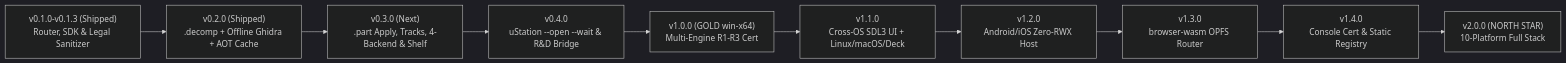
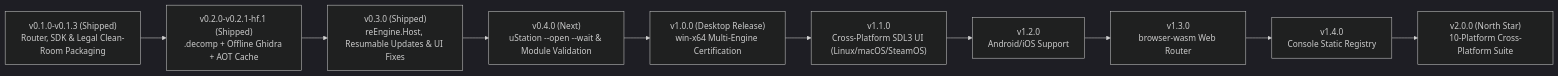
One commit to StreamItAllGit/reEngine changed the diagram in ROADMAP.md. Above: the diagram before and after it, drawn with Mermaid (dark theme). The commit also changed other lines of this file and 132 other files, not shown here.

Commit message:
v0.3.0: Shared reEngine.Host.dll, resumable updates, detached .recomp launch, installer/settings persistence & Portable ZIP

````diff
--- a/ROADMAP.md
+++ b/ROADMAP.md
@@ -24,12 +24,12 @@
 ```mermaid
 flowchart LR
-    V01["v0.1.0-v0.1.3 (Shipped)\nRouter, SDK & Legal Sanitizer"] --> V02["v0.2.0 (Shipped)\n.decomp + Offline Ghidra + AOT Cache"]
-    V02 --> V03["v0.3.0 (Next)\n.part Apply, Tracks, 4-Backend & Shelf"]
-    V03 --> V04["v0.4.0\nuStation --open --wait & R&D Bridge"]
-    V04 --> V10["v1.0.0 (GOLD win-x64)\nMulti-Engine R1-R3 Cert"]
-    V10 --> V11["v1.1.0\nCross-OS SDL3 UI + Linux/macOS/Deck"]
-    V11 --> V12["v1.2.0\nAndroid/iOS Zero-RWX Host"]
-    V12 --> V13["v1.3.0\nbrowser-wasm OPFS Router"]
-    V13 --> V14["v1.4.0\nConsole Cert & Static Registry"]
-    V14 --> V20["v2.0.0 (NORTH STAR)\n10-Platform Full Stack"]
+    V01["v0.1.0-v0.1.3 (Shipped)\nRouter, SDK & Legal Clean-Room Packaging"] --> V02["v0.2.0-v0.2.1-hf.1 (Shipped)\n.decomp + Offline Ghidra + AOT Cache"]
+    V02 --> V03["v0.3.0 (Shipped)\nreEngine.Host, Resumable Updates & UI Fixes"]
+    V03 --> V04["v0.4.0 (Next)\nuStation --open --wait & Module Validation"]
+    V04 --> V10["v1.0.0 (Desktop Release)\nwin-x64 Multi-Engine Certification"]
+    V10 --> V11["v1.1.0\nCross-Platform SDL3 UI (Linux/macOS/SteamOS)"]
+    V11 --> V12["v1.2.0\nAndroid/iOS Support"]
+    V12 --> V13["v1.3.0\nbrowser-wasm Web Router"]
+    V13 --> V14["v1.4.0\nConsole Static Registry"]
+    V14 --> V20["v2.0.0 (North Star)\n10-Platform Cross-Platform Suite"]
 ```
````
